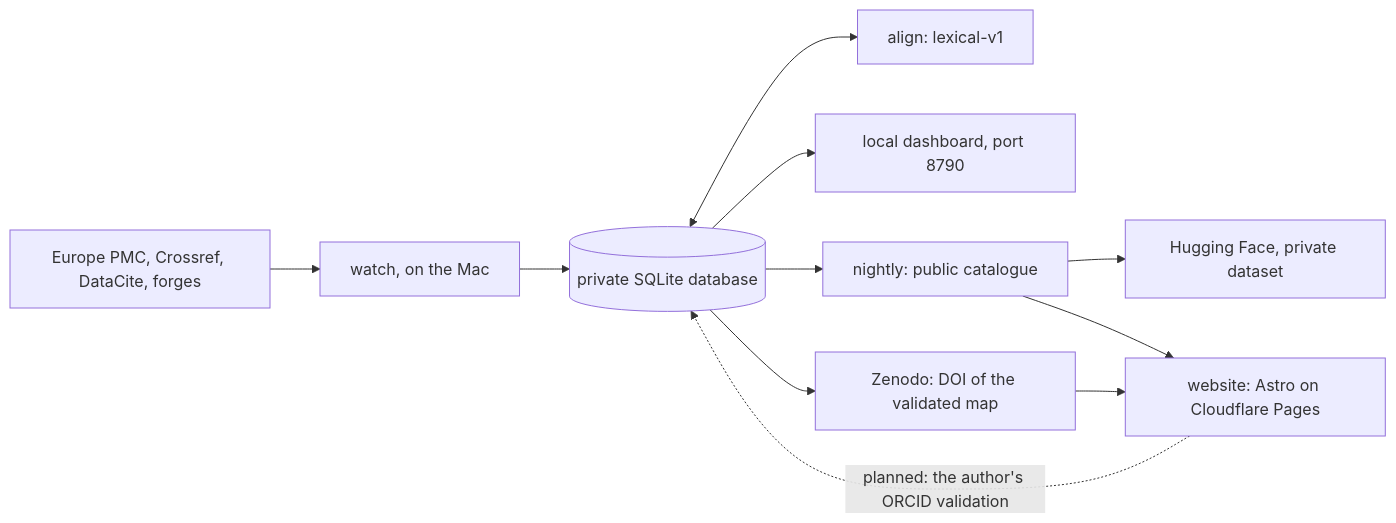
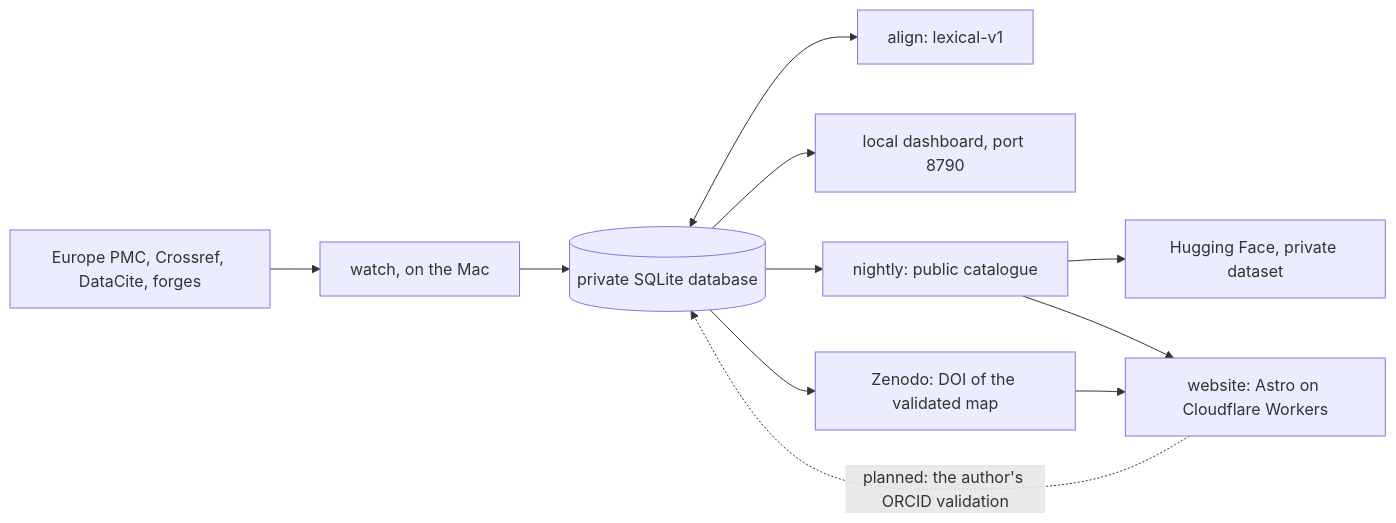
One commit to NeuraCrypt/OSCR changed the diagram in docs/ARCHITECTURE.md. Above: the diagram before and after it, drawn with Mermaid. The commit also changed other lines of this file and 29 other files, not shown here.

````diff
--- a/docs/ARCHITECTURE.md
+++ b/docs/ARCHITECTURE.md
@@ -18,13 +18,13 @@
 ```mermaid
 flowchart LR
   EPMC["Europe PMC, Crossref, DataCite, forges"] --> W["watch, on the Mac"]
   W --> B[("private SQLite database")]
   B <--> A["align: lexical-v1"]
   B --> I["local dashboard, port 8790"]
   B --> N["nightly: public catalogue"]
   N --> HF["Hugging Face, private dataset"]
-  N --> P["website: Astro on Cloudflare Pages"]
+  N --> P["website: Astro on Cloudflare Workers"]
   P -. "planned: the author's ORCID validation" .-> B
   B --> Z["Zenodo: DOI of the validated map"]
   Z --> P
 ```
````
